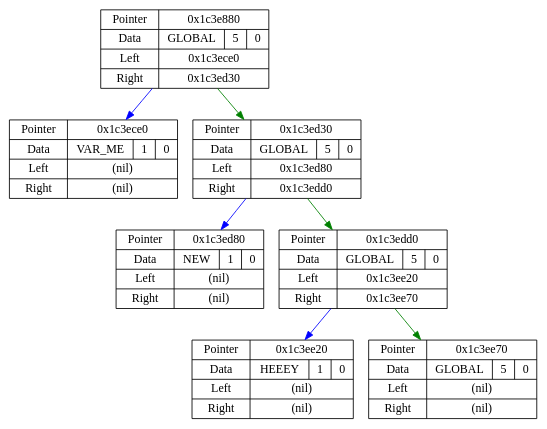
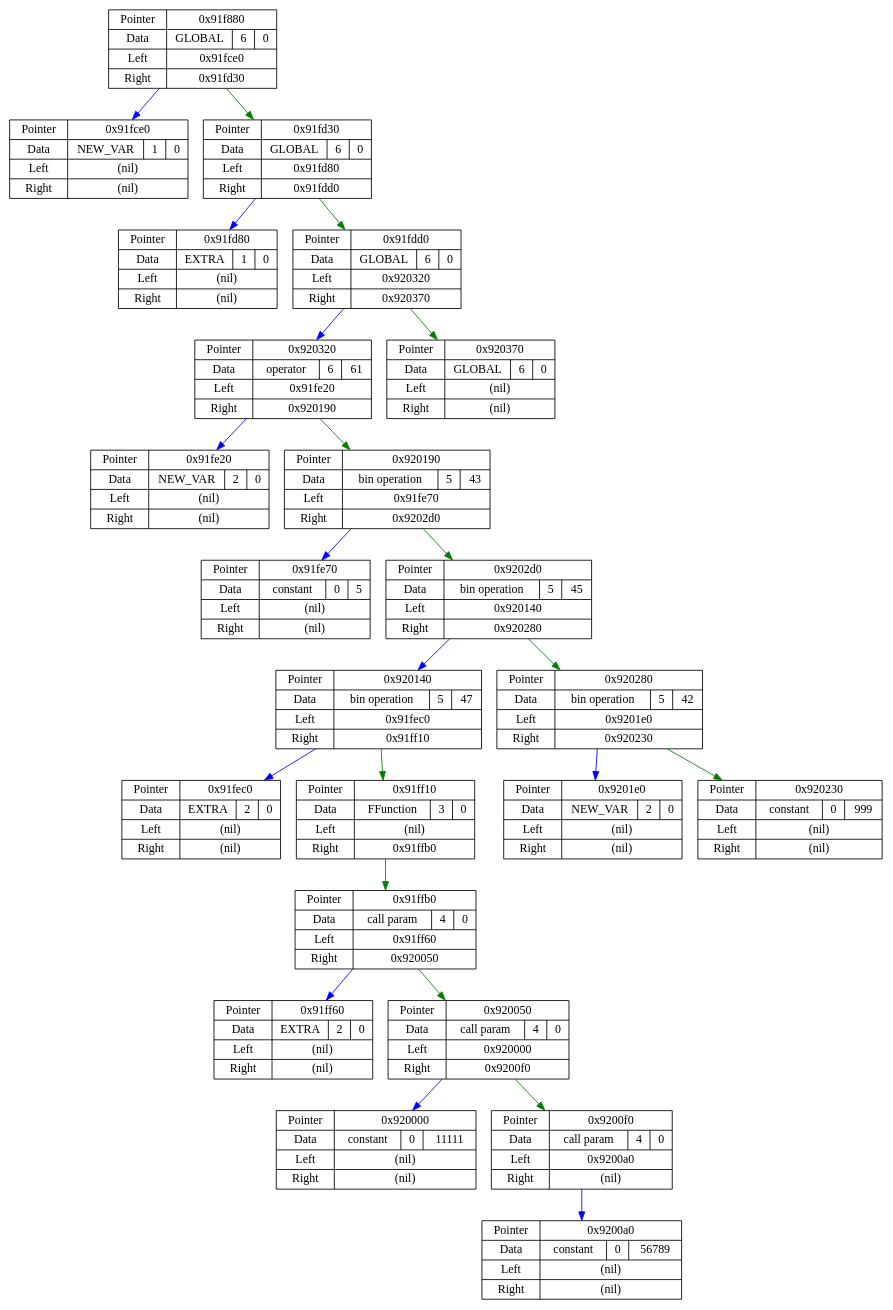
The diagram in Junk/dotdata.dot (E3798211/JIT), drawn with Graphviz before and after one commit. The commit also changed 6 other files, not shown here.

```diff
--- a/Junk/dotdata.dot
+++ b/Junk/dotdata.dot
@@ -1,16 +1,48 @@
 digraph G {
 node[shape = record];
-29616256  [label = "{ Pointer | Data | Left | Right }  | { 0x1c3e880 | { GLOBAL | 5 | 0 } | 0x1c3ece0 | 0x1c3ed30 }"];
-29617376  [label = "{ Pointer | Data | Left | Right }  | { 0x1c3ece0 | { VAR_ME | 1 | 0 } | (nil) | (nil) }"];
-29617456  [label = "{ Pointer | Data | Left | Right }  | { 0x1c3ed30 | { GLOBAL | 5 | 0 } | 0x1c3ed80 | 0x1c3edd0 }"];
-29617536  [label = "{ Pointer | Data | Left | Right }  | { 0x1c3ed80 | { NEW | 1 | 0 } | (nil) | (nil) }"];
-29617616  [label = "{ Pointer | Data | Left | Right }  | { 0x1c3edd0 | { GLOBAL | 5 | 0 } | 0x1c3ee20 | 0x1c3ee70 }"];
-29617696  [label = "{ Pointer | Data | Left | Right }  | { 0x1c3ee20 | { HEEEY | 1 | 0 } | (nil) | (nil) }"];
-29617776  [label = "{ Pointer | Data | Left | Right }  | { 0x1c3ee70 | { GLOBAL | 5 | 0 } | (nil) | (nil) }"];
-29616256 -> 29617376 [color = blue];
-29616256 -> 29617456 [color = green];
-29617456 -> 29617536 [color = blue];
-29617456 -> 29617616 [color = green];
-29617616 -> 29617696 [color = blue];
-29617616 -> 29617776 [color = green];
+9566336  [label = "{ Pointer | Data | Left | Right }  | { 0x91f880 | { GLOBAL | 6 | 0 } | 0x91fce0 | 0x91fd30 }"];
+9567456  [label = "{ Pointer | Data | Left | Right }  | { 0x91fce0 | { NEW_VAR | 1 | 0 } | (nil) | (nil) }"];
+9567536  [label = "{ Pointer | Data | Left | Right }  | { 0x91fd30 | { GLOBAL | 6 | 0 } | 0x91fd80 | 0x91fdd0 }"];
+9567616  [label = "{ Pointer | Data | Left | Right }  | { 0x91fd80 | { EXTRA | 1 | 0 } | (nil) | (nil) }"];
+9567696  [label = "{ Pointer | Data | Left | Right }  | { 0x91fdd0 | { GLOBAL | 6 | 0 } | 0x920320 | 0x920370 }"];
+9569056  [label = "{ Pointer | Data | Left | Right }  | { 0x920320 | { operator | 6 | 61 } | 0x91fe20 | 0x920190 }"];
+9567776  [label = "{ Pointer | Data | Left | Right }  | { 0x91fe20 | { NEW_VAR | 2 | 0 } | (nil) | (nil) }"];
+9568656  [label = "{ Pointer | Data | Left | Right }  | { 0x920190 | { bin operation | 5 | 43 } | 0x91fe70 | 0x9202d0 }"];
+9567856  [label = "{ Pointer | Data | Left | Right }  | { 0x91fe70 | { constant | 0 | 5 } | (nil) | (nil) }"];
+9568976  [label = "{ Pointer | Data | Left | Right }  | { 0x9202d0 | { bin operation | 5 | 45 } | 0x920140 | 0x920280 }"];
+9568576  [label = "{ Pointer | Data | Left | Right }  | { 0x920140 | { bin operation | 5 | 47 } | 0x91fec0 | 0x91ff10 }"];
+9567936  [label = "{ Pointer | Data | Left | Right }  | { 0x91fec0 | { EXTRA | 2 | 0 } | (nil) | (nil) }"];
+9568016  [label = "{ Pointer | Data | Left | Right }  | { 0x91ff10 | { FFunction | 3 | 0 } | (nil) | 0x91ffb0 }"];
+9568176  [label = "{ Pointer | Data | Left | Right }  | { 0x91ffb0 | { call param | 4 | 0 } | 0x91ff60 | 0x920050 }"];
+9568096  [label = "{ Pointer | Data | Left | Right }  | { 0x91ff60 | { EXTRA | 2 | 0 } | (nil) | (nil) }"];
+9568336  [label = "{ Pointer | Data | Left | Right }  | { 0x920050 | { call param | 4 | 0 } | 0x920000 | 0x9200f0 }"];
+9568256  [label = "{ Pointer | Data | Left | Right }  | { 0x920000 | { constant | 0 | 11111 } | (nil) | (nil) }"];
+9568496  [label = "{ Pointer | Data | Left | Right }  | { 0x9200f0 | { call param | 4 | 0 } | 0x9200a0 | (nil) }"];
+9568416  [label = "{ Pointer | Data | Left | Right }  | { 0x9200a0 | { constant | 0 | 56789 } | (nil) | (nil) }"];
+9568896  [label = "{ Pointer | Data | Left | Right }  | { 0x920280 | { bin operation | 5 | 42 } | 0x9201e0 | 0x920230 }"];
+9568736  [label = "{ Pointer | Data | Left | Right }  | { 0x9201e0 | { NEW_VAR | 2 | 0 } | (nil) | (nil) }"];
+9568816  [label = "{ Pointer | Data | Left | Right }  | { 0x920230 | { constant | 0 | 999 } | (nil) | (nil) }"];
+9569136  [label = "{ Pointer | Data | Left | Right }  | { 0x920370 | { GLOBAL | 6 | 0 } | (nil) | (nil) }"];
+9566336 -> 9567456 [color = blue];
+9566336 -> 9567536 [color = green];
+9567536 -> 9567616 [color = blue];
+9567536 -> 9567696 [color = green];
+9567696 -> 9569056 [color = blue];
+9567696 -> 9569136 [color = green];
+9569056 -> 9567776 [color = blue];
+9569056 -> 9568656 [color = green];
+9568656 -> 9567856 [color = blue];
+9568656 -> 9568976 [color = green];
+9568976 -> 9568576 [color = blue];
+9568976 -> 9568896 [color = green];
+9568576 -> 9567936 [color = blue];
+9568576 -> 9568016 [color = green];
+9568016 -> 9568176 [color = green];
+9568176 -> 9568096 [color = blue];
+9568176 -> 9568336 [color = green];
+9568336 -> 9568256 [color = blue];
+9568336 -> 9568496 [color = green];
+9568496 -> 9568416 [color = blue];
+9568896 -> 9568736 [color = blue];
+9568896 -> 9568816 [color = green];
 }
```
